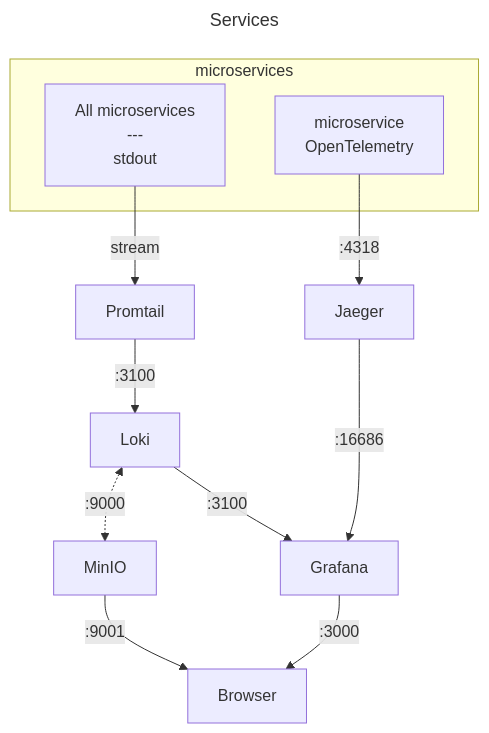
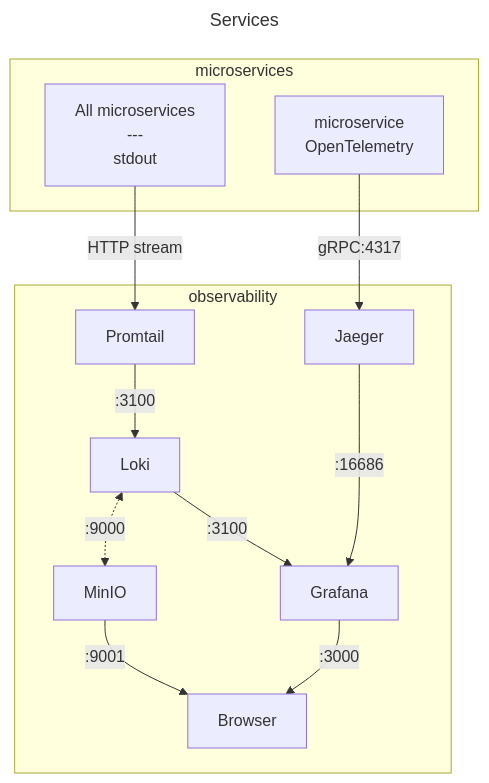
Before and after one commit to ndrean/micro_ex: the fifth of 7 diagrams in README.md, drawn with Mermaid. The commit also changed other lines of this file and 1 other file, not shown here.

````diff
--- a/README.md
+++ b/README.md
@@ -345,18 +308,20 @@
 ```mermaid
 ---
 title: Services
 ---
-    flowchart TD
-        subgraph SVC[microservices]
-            MS[All microservices<br>---<br> stdout]
-            MSOT[microservice<br>OpenTelemetry]
-        end
-        MS-->|stream| Promtail
-        Promtail -->|:3100| Loki
-        Loki -->|:3100| Grafana
-        Loki <-.->|:9000| MinIO
-        Jaeger -->|:16686| Grafana
-        Grafana -->|:3000| Browser
-        MinIO -->|:9001| Browser
-        MSOT -->|:4318| Jaeger
+  flowchart TD
+      subgraph SVC[microservices]
+          MS[All microservices<br>---<br> stdout]
+          MSOTEM[microservice<br>OpenTelemetry]
+      end
+      subgraph OBS[observability]
+          MS-->|HTTP stream| Promtail
+          Promtail -->|:3100| Loki
+          Loki -->|:3100| Grafana
+          Loki <-.->|:9000| MinIO
+          Jaeger -->|:16686| Grafana
+          Grafana -->|:3000| Browser
+          MinIO -->|:9001| Browser
+          MSOTEM -->|gRPC:4317| Jaeger
+      end
 ```
````
